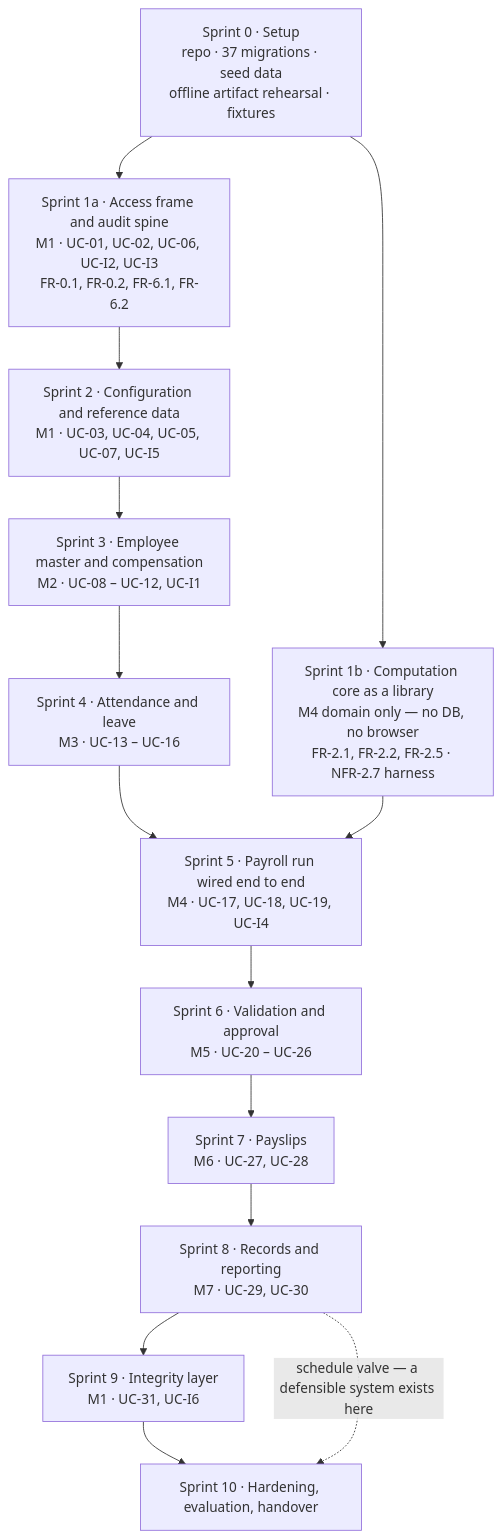
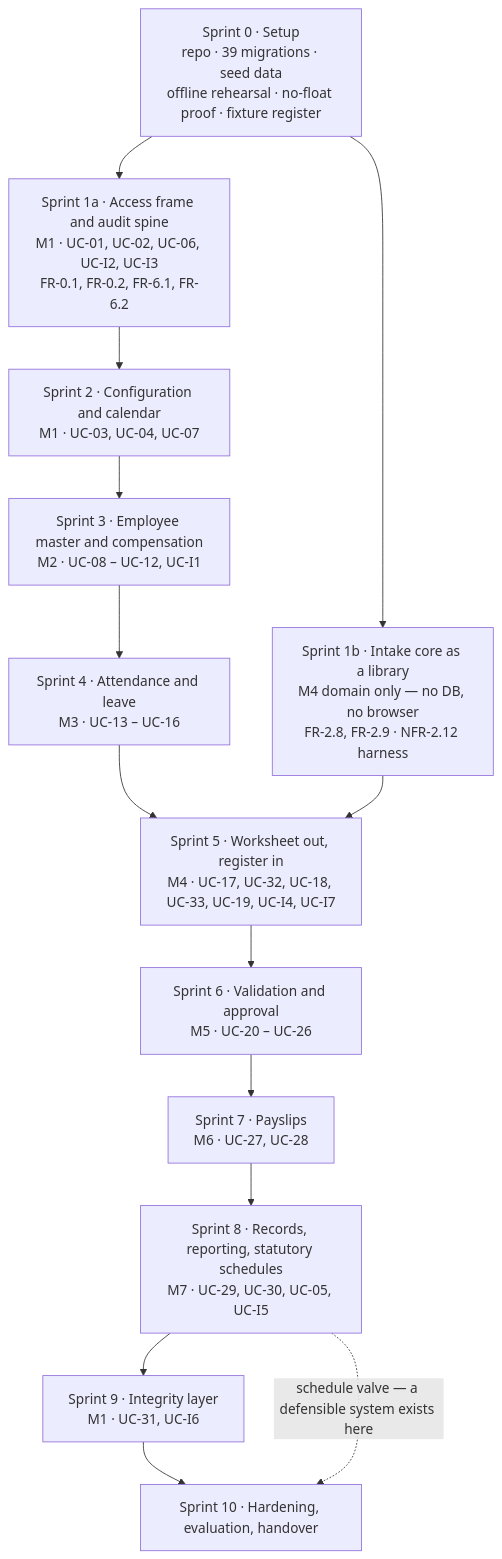
Before and after one commit to rjfat/municipal-payroll-system: the diagram in docs/implementation-plan.md, drawn with Mermaid. The commit also changed other lines of this file and 9 other files, not shown here.

````diff
--- a/docs/implementation-plan.md
+++ b/docs/implementation-plan.md
@@ -64,31 +76,31 @@
 ```mermaid
 flowchart TD
-    S0["Sprint 0 · Setup<br/>repo · 37 migrations · seed data<br/>offline artifact rehearsal · fixtures"]
+    S0["Sprint 0 · Setup<br/>repo · 39 migrations · seed data<br/>offline rehearsal · no-float proof · fixture register"]
 
     S1A["Sprint 1a · Access frame and audit spine<br/>M1 · UC-01, UC-02, UC-06, UC-I2, UC-I3<br/>FR-0.1, FR-0.2, FR-6.1, FR-6.2"]
-    S1B["Sprint 1b · Computation core as a library<br/>M4 domain only — no DB, no browser<br/>FR-2.1, FR-2.2, FR-2.5 · NFR-2.7 harness"]
+    S1B["Sprint 1b · Intake core as a library<br/>M4 domain only — no DB, no browser<br/>FR-2.8, FR-2.9 · NFR-2.12 harness"]
 
-    S2["Sprint 2 · Configuration and reference data<br/>M1 · UC-03, UC-04, UC-05, UC-07, UC-I5"]
+    S2["Sprint 2 · Configuration and calendar<br/>M1 · UC-03, UC-04, UC-07"]
     S3["Sprint 3 · Employee master and compensation<br/>M2 · UC-08 – UC-12, UC-I1"]
     S4["Sprint 4 · Attendance and leave<br/>M3 · UC-13 – UC-16"]
-    S5["Sprint 5 · Payroll run wired end to end<br/>M4 · UC-17, UC-18, UC-19, UC-I4"]
+    S5["Sprint 5 · Worksheet out, register in<br/>M4 · UC-17, UC-32, UC-18, UC-33, UC-19, UC-I4, UC-I7"]
     S6["Sprint 6 · Validation and approval<br/>M5 · UC-20 – UC-26"]
     S7["Sprint 7 · Payslips<br/>M6 · UC-27, UC-28"]
-    S8["Sprint 8 · Records and reporting<br/>M7 · UC-29, UC-30"]
+    S8["Sprint 8 · Records, reporting, statutory schedules<br/>M7 · UC-29, UC-30, UC-05, UC-I5"]
     S9["Sprint 9 · Integrity layer<br/>M1 · UC-31, UC-I6"]
     S10["Sprint 10 · Hardening, evaluation, handover"]
 
     S0 --> S1A
     S0 --> S1B
     S1A --> S2
     S2 --> S3
     S3 --> S4
     S4 --> S5
     S1B --> S5
     S5 --> S6
     S6 --> S7
     S7 --> S8
     S8 --> S9
     S9 --> S10
     S8 -. "schedule valve — a defensible system exists here" .-> S10
 ```
````
